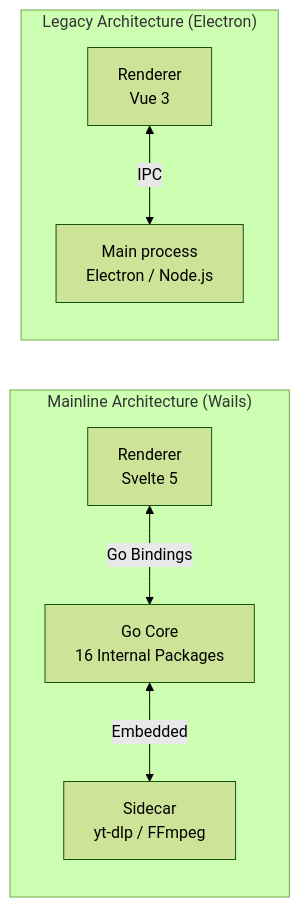
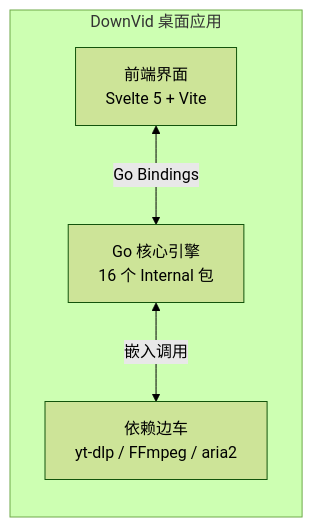
The diagram in README.md (Downvid/downvid), drawn with Mermaid (forest theme) before and after one commit. The commit also changed other lines of this file and 4 other files, not shown here.

````diff
--- a/README.md
+++ b/README.md
@@ -247,10 +191,7 @@
 ```mermaid
 flowchart LR
-    subgraph WailsApp["Mainline Architecture (Wails)"]
-        SvelteUI["Renderer<br/>Svelte 5"] <-->|"Go Bindings"| GoCore["Go Core<br/>16 Internal Packages"]
-        GoCore <-->|"Embedded"| Sidecar["Sidecar<br/>yt-dlp / FFmpeg"]
-    end
-    subgraph LegacyApp["Legacy Architecture (Electron)"]
-        VueUI["Renderer<br/>Vue 3"] <-->|"IPC"| Main["Main process<br/>Electron / Node.js"]
+    subgraph WailsApp["DownVid 桌面应用"]
+        SvelteUI["前端界面<br/>Svelte 5 + Vite"] <-->|"Go Bindings"| GoCore["Go 核心引擎<br/>16 个 Internal 包"]
+        GoCore <-->|"嵌入调用"| Sidecar["依赖边车<br/>yt-dlp / FFmpeg / aria2"]
     end
 ```
````
